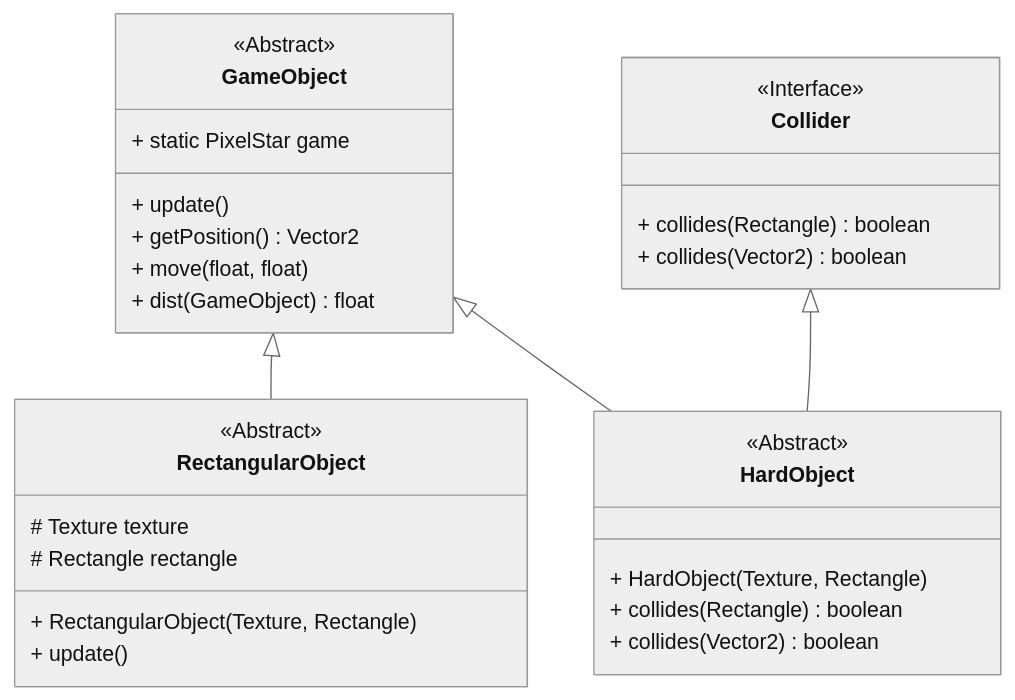
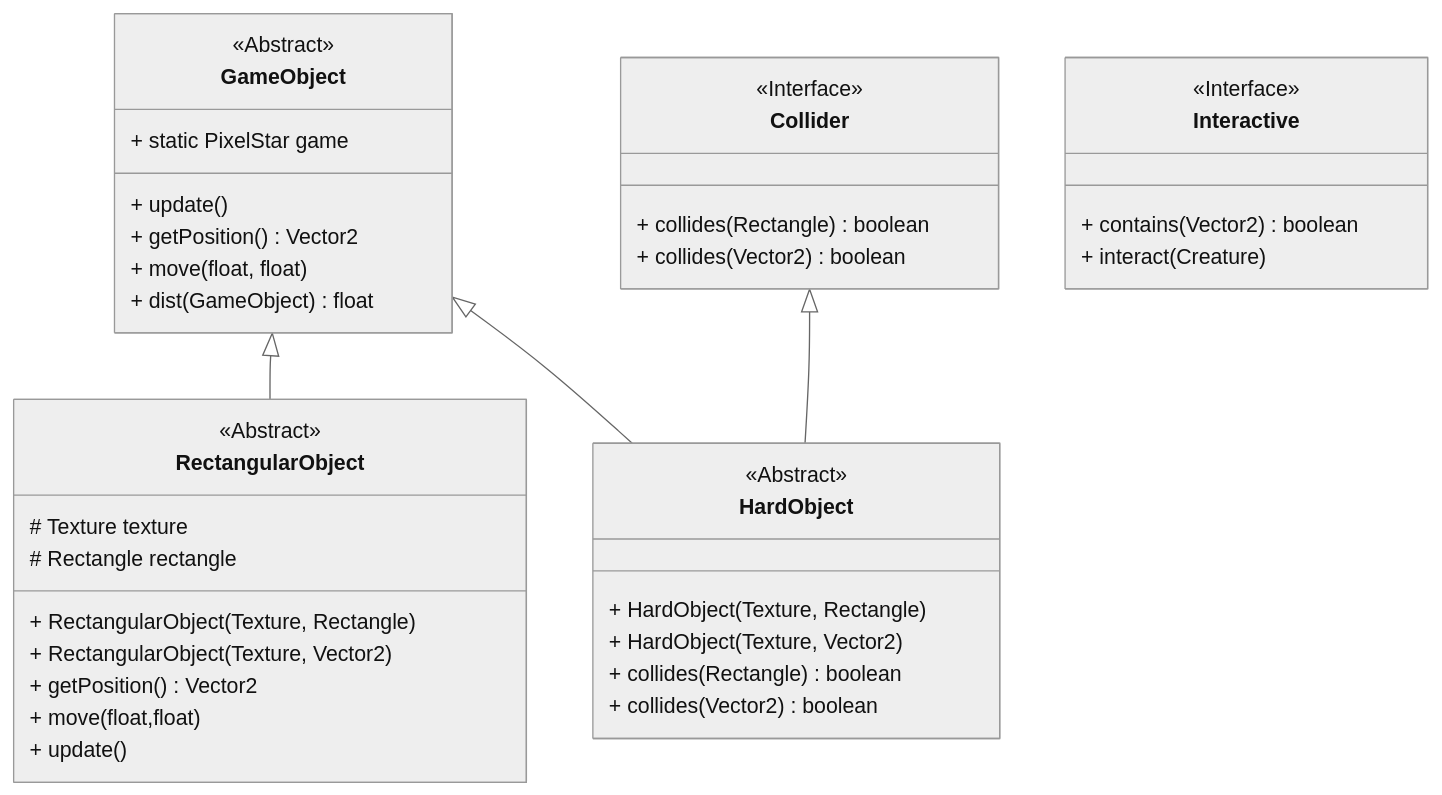
One commit to StrangeClone/PixelStars changed the diagram in core/src/com/pixelstar/gameobject/README.md. Above: the diagram before and after it, drawn with Mermaid (neutral theme). The commit also changed 18 other files, not shown here.

````diff
--- a/core/src/com/pixelstar/gameobject/README.md
+++ b/core/src/com/pixelstar/gameobject/README.md
@@ -6,32 +6,41 @@
 ```mermaid
 classDiagram
 class GameObject {
     <<Abstract>>
     + static PixelStar game
     + update()
     + getPosition() Vector2
     + move(float, float)
     + dist(GameObject) float
 }
 class RectangularObject {
     <<Abstract>>
     # Texture texture
     # Rectangle rectangle
     + RectangularObject(Texture, Rectangle)
+    + RectangularObject(Texture, Vector2)
+    + getPosition() Vector2
+    + move(float,float)
     + update()
 }
 GameObject <|-- RectangularObject
 class Collider {
     <<Interface>>
     + collides(Rectangle) boolean
     + collides(Vector2) boolean
 }
+class Interactive {
+    <<Interface>>
+    + contains(Vector2) boolean
+    + interact(Creature)
+}
 class HardObject {
     <<Abstract>>
     + HardObject (Texture, Rectangle)
+    + HardObject (Texture, Vector2)
     + collides(Rectangle) boolean
     + collides(Vector2) boolean
 }
 GameObject <|-- HardObject
 Collider <|-- HardObject
 ```
````
